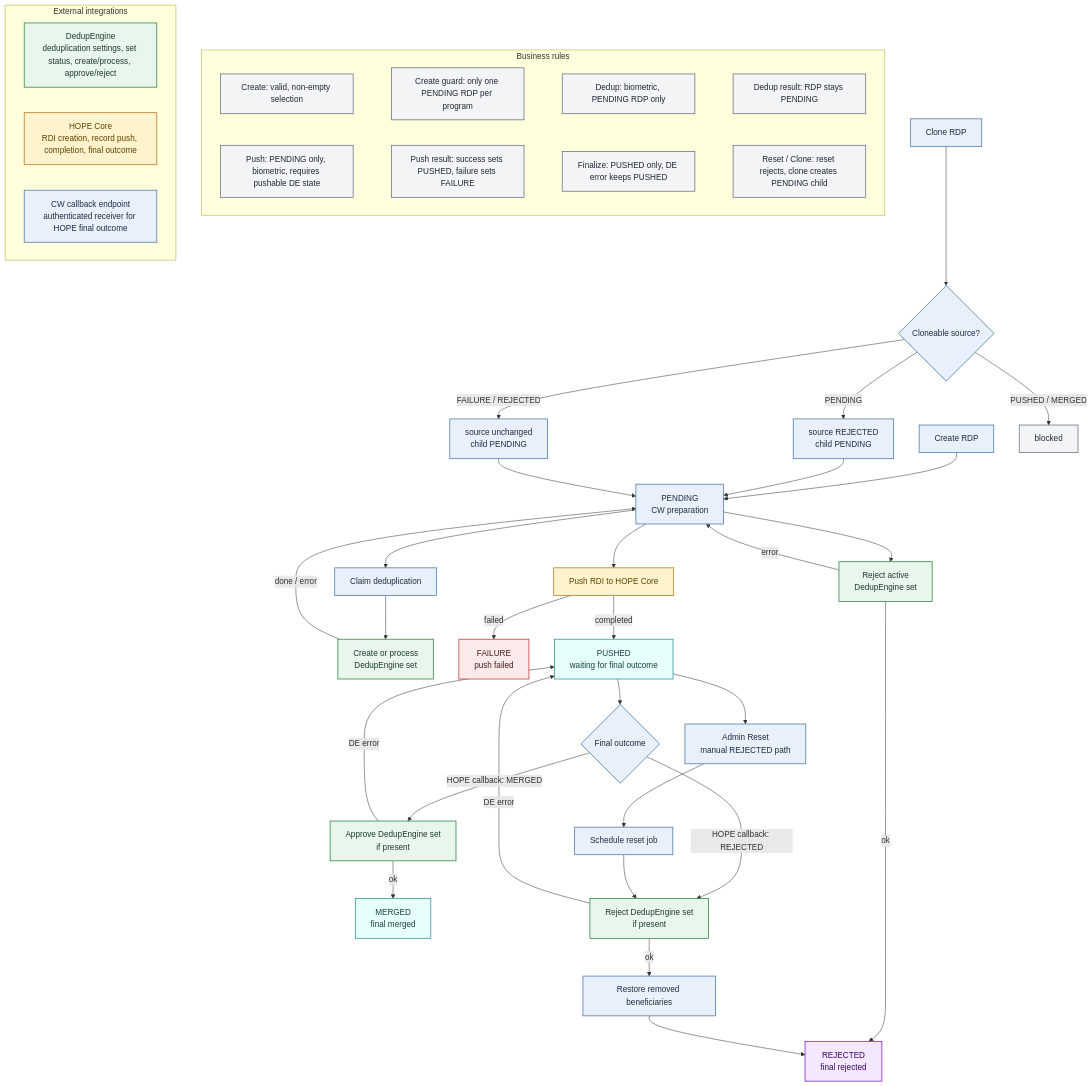
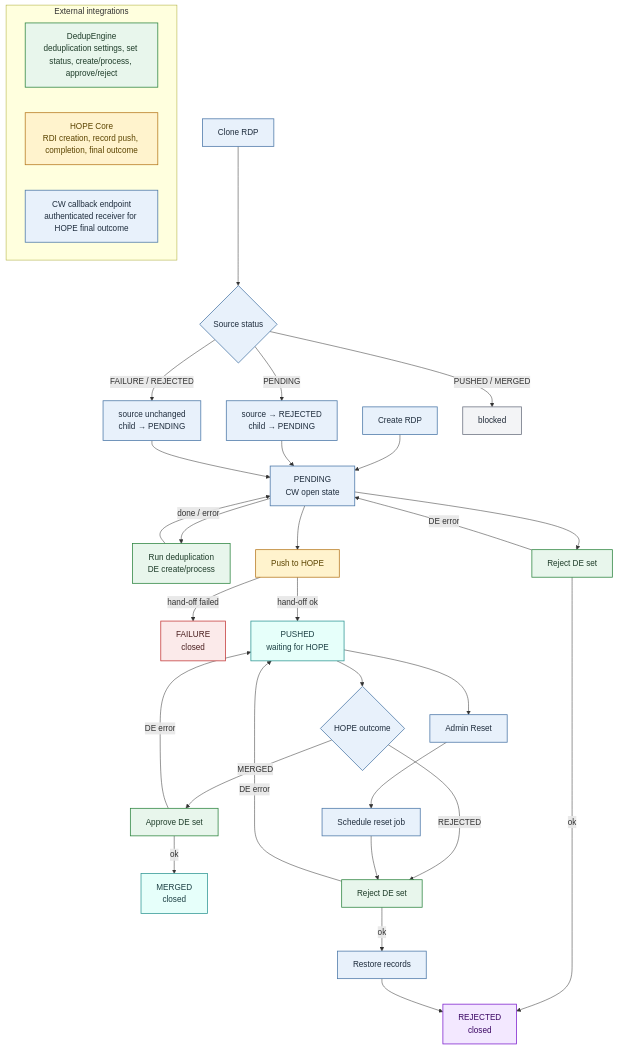
Before and after one commit to unicef/hope-country-workspace: the second of 3 diagrams in docs/src/flows/rdp_lifecycle.md, drawn with Mermaid. The commit also changed other lines of this file and 8 other files, not shown here.

Commit message:
Refine RDP status and HOPE RDI ID handling

````diff
--- a/docs/src/flows/rdp_lifecycle.md
+++ b/docs/src/flows/rdp_lifecycle.md
@@ -50,75 +51,61 @@
 ```mermaid
 flowchart TB
-    CREATE["Create RDP"] --> PENDING["PENDING<br>CW preparation"]
 
-    PENDING --> DEDUP_CLAIM["Claim deduplication"]
-    DEDUP_CLAIM --> DEDUP["Create or process<br>DedupEngine set"]
+    CREATE["Create RDP"] --> PENDING["PENDING<br/>CW open state"]
+
+    PENDING --> DEDUP["Run deduplication<br/>DE create/process"]
     DEDUP -->|done / error| PENDING
 
-    PENDING --> REJECT_DS["Reject active<br>DedupEngine set"]
-    REJECT_DS -->|ok| REJECTED["REJECTED<br>final rejected"]
-    REJECT_DS -->|error| PENDING
+    PENDING --> REJECT_SET["Reject DE set"]
+    REJECT_SET -->|ok| REJECTED["REJECTED<br/>closed"]
+    REJECT_SET -->|DE error| PENDING
 
-    PENDING --> HOPE_PUSH["Push RDI to HOPE Core"]
-    HOPE_PUSH -->|failed| FAILURE["FAILURE<br>push failed"]
-    HOPE_PUSH -->|completed| PUSHED["PUSHED<br>waiting for final outcome"]
+    PENDING --> PUSH["Push to HOPE"]
+    PUSH -->|hand-off failed| FAILURE["FAILURE<br/>closed"]
+    PUSH -->|hand-off ok| PUSHED["PUSHED<br/>waiting for HOPE"]
 
-    PUSHED --> OUTCOME{"Final outcome"}
+    PUSHED --> OUTCOME{"HOPE outcome"}
 
-    OUTCOME -->|HOPE callback: MERGED| APPROVE_DE["Approve DedupEngine set<br>if present"]
-    APPROVE_DE -->|ok| MERGED["MERGED<br>final merged"]
+    OUTCOME -->|MERGED| APPROVE_DE["Approve DE set"]
+    APPROVE_DE -->|ok| MERGED["MERGED<br/>closed"]
     APPROVE_DE -->|DE error| PUSHED
 
-    OUTCOME -->|HOPE callback: REJECTED| REJECT_DE["Reject DedupEngine set<br>if present"]
-    PUSHED --> RESET["Admin Reset<br>manual REJECTED path"]
+    OUTCOME -->|REJECTED| REJECT_DE["Reject DE set"]
+    REJECT_DE -->|ok| RESTORE["Restore records"]
+    REJECT_DE -->|DE error| PUSHED
+    RESTORE --> REJECTED
+
+    PUSHED --> RESET["Admin Reset"]
     RESET --> RESET_JOB["Schedule reset job"]
     RESET_JOB --> REJECT_DE
 
-    REJECT_DE -->|ok| RESTORE["Restore removed beneficiaries"]
-    REJECT_DE -->|DE error| PUSHED
-    RESTORE --> REJECTED
+    CLONE["Clone RDP"] --> CLONE_SOURCE{"Source status"}
+    CLONE_SOURCE -->|PENDING| CLONE_PENDING["source → REJECTED<br/>child → PENDING"]
+    CLONE_SOURCE -->|FAILURE / REJECTED| CLONE_FINAL["source unchanged<br/>child → PENDING"]
+    CLONE_SOURCE -->|PUSHED / MERGED| CLONE_BLOCKED["blocked"]
 
-    CLONE["Clone RDP"] --> CLONE_RULES{"Cloneable source?"}
-    CLONE_RULES -->|PENDING| CLONE_PENDING["source REJECTED<br>child PENDING"]
-    CLONE_RULES -->|FAILURE / REJECTED| CLONE_FINAL["source unchanged<br>child PENDING"]
-    CLONE_RULES -->|PUSHED / MERGED| CLONE_BLOCKED["blocked"]
     CLONE_PENDING --> PENDING
     CLONE_FINAL --> PENDING
-
-    subgraph RULES["Business rules"]
-        direction LR
-
-        R1["Create: valid, non-empty selection"] ~~~
-        R2["Create guard: only one PENDING RDP per program"] ~~~
-        R3["Dedup: biometric, PENDING RDP only"] ~~~
-        R4["Dedup result: RDP stays PENDING"]
-
-        R5["Push: PENDING only, biometric, requires pushable DE state"] ~~~
-        R6["Push result: success sets PUSHED, failure sets FAILURE"] ~~~
-        R7["Finalize: PUSHED only, DE error keeps PUSHED"] ~~~
-        R8["Reset / Clone: reset rejects, clone creates PENDING child"]
-    end
 
     subgraph SERVICES["External integrations"]
         DE_API["DedupEngine<br>deduplication settings, set status, create/process, approve/reject"]
         HOPE_API["HOPE Core<br>RDI creation, record push, completion, final outcome"]
         CW_CB["CW callback endpoint<br>authenticated receiver for HOPE final outcome"]
     end
 
     classDef local fill:#E8F1FB,stroke:#4C78A8,stroke-width:1.5px,color:#1F2D3D;
     classDef de fill:#E8F6EC,stroke:#2E8540,stroke-width:1.5px,color:#1F3D2A;
     classDef hope fill:#FFF3CD,stroke:#B7791F,stroke-width:1.5px,color:#5C4400;
     classDef success fill:#E6FFFA,stroke:#319795,stroke-width:1.5px,color:#1D4044;
     classDef failed fill:#FBEAEA,stroke:#C43B3B,stroke-width:1.5px,color:#4A1F1F;
     classDef rejected fill:#F3E8FF,stroke:#7E22CE,stroke-width:1.5px,color:#3B0764;
     classDef rule fill:#F3F4F6,stroke:#6B7280,stroke-width:1.5px,color:#1F2937;
 
-    class CREATE,PENDING,DEDUP_CLAIM,OUTCOME,RESET,RESET_JOB,RESTORE,CLONE,CLONE_RULES,CLONE_PENDING,CLONE_FINAL local;
-    class DEDUP,REJECT_DS,APPROVE_DE,REJECT_DE,DE_API de;
-    class HOPE_PUSH,HOPE_API hope;
-    class CW_CB local;
+    class CREATE,PENDING,OUTCOME,RESET,RESET_JOB,RESTORE,CLONE,CLONE_SOURCE,CLONE_PENDING,CLONE_FINAL,CW_CB local;
+    class DEDUP,REJECT_SET,APPROVE_DE,REJECT_DE,DE_API de;
+    class PUSH,HOPE_API hope;
     class PUSHED,MERGED success;
     class FAILURE failed;
     class REJECTED rejected;
-    class CLONE_BLOCKED,R1,R2,R3,R4,R5,R6,R7,R8 rule;
+    class CLONE_BLOCKED rule;
 ```
````
